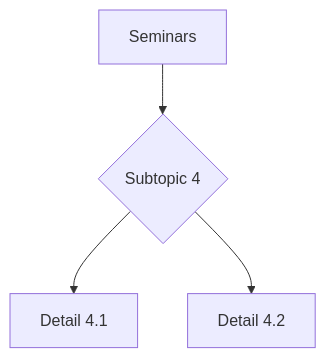
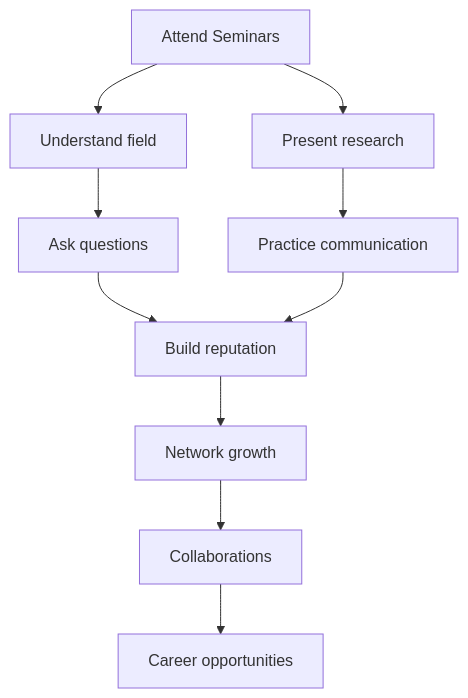
The fourth of 5 diagrams in 02_MSc_DataDriven_Modeling/core_courses/MSDM_6771/README.md (yip-lgtm/PhysicsSelfStudy), drawn with Mermaid before and after one commit. The commit also changed other lines of this file and 17 other files, not shown here.

````diff
--- a/02_MSc_DataDriven_Modeling/core_courses/MSDM_6771/README.md
+++ b/02_MSc_DataDriven_Modeling/core_courses/MSDM_6771/README.md
@@ -283,6 +599,12 @@
 ```mermaid
 graph TD
-    A[Seminars] --> B{Subtopic 4}
-    B --> C[Detail 4.1]
-    B --> D[Detail 4.2]
+    A[Attend Seminars] --> B[Understand field]
+    B --> C[Ask questions]
+    C --> D[Build reputation]
+    D --> E[Network growth]
+    E --> F[Collaborations]
+    F --> G[Career opportunities]
+    A --> H[Present research]
+    H --> I[Practice communication]
+    I --> D
 ```
````
